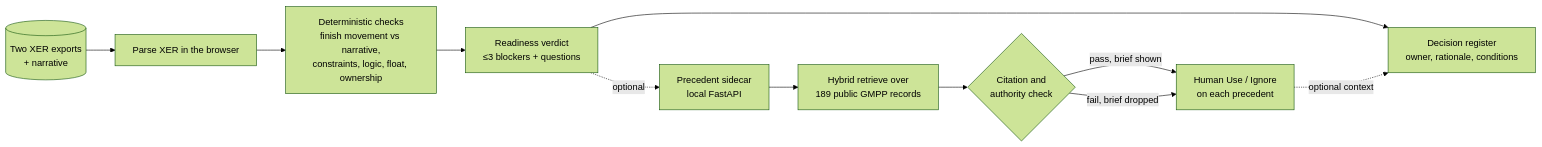
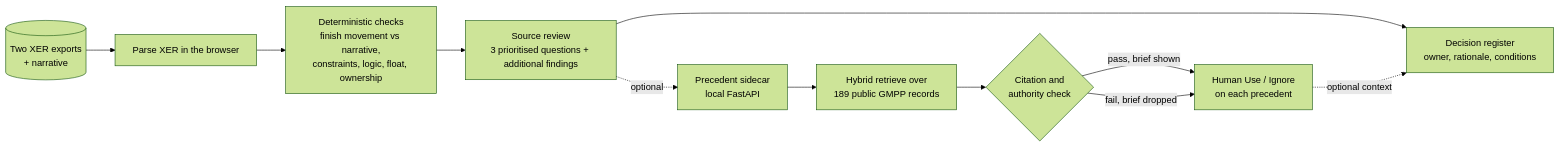
The diagram in README.md (MatthewPaver/ProjectLens), drawn with Mermaid (forest theme) before and after one commit. The commit also changed other lines of this file and 19 other files, not shown here.

````diff
--- a/README.md
+++ b/README.md
@@ -49,13 +49,13 @@
 ```mermaid
 flowchart LR
     X[(Two XER exports<br/>+ narrative)] --> P[Parse XER in the browser]
     P --> R[Deterministic checks<br/>finish movement vs narrative,<br/>constraints, logic, float, ownership]
-    R --> V[Readiness verdict<br/>≤3 blockers + questions]
+    R --> V[Source review<br/>3 prioritised questions + additional findings]
     V -. optional .-> S[Precedent sidecar<br/>local FastAPI]
     S --> H[Hybrid retrieve over<br/>189 public GMPP records]
     H --> C{Citation and<br/>authority check}
     C -- pass, brief shown --> U[Human Use / Ignore<br/>on each precedent]
     C -- fail, brief dropped --> U
     V --> D[Decision register<br/>owner, rationale, conditions]
     U -. optional context .-> D
 ```
````
